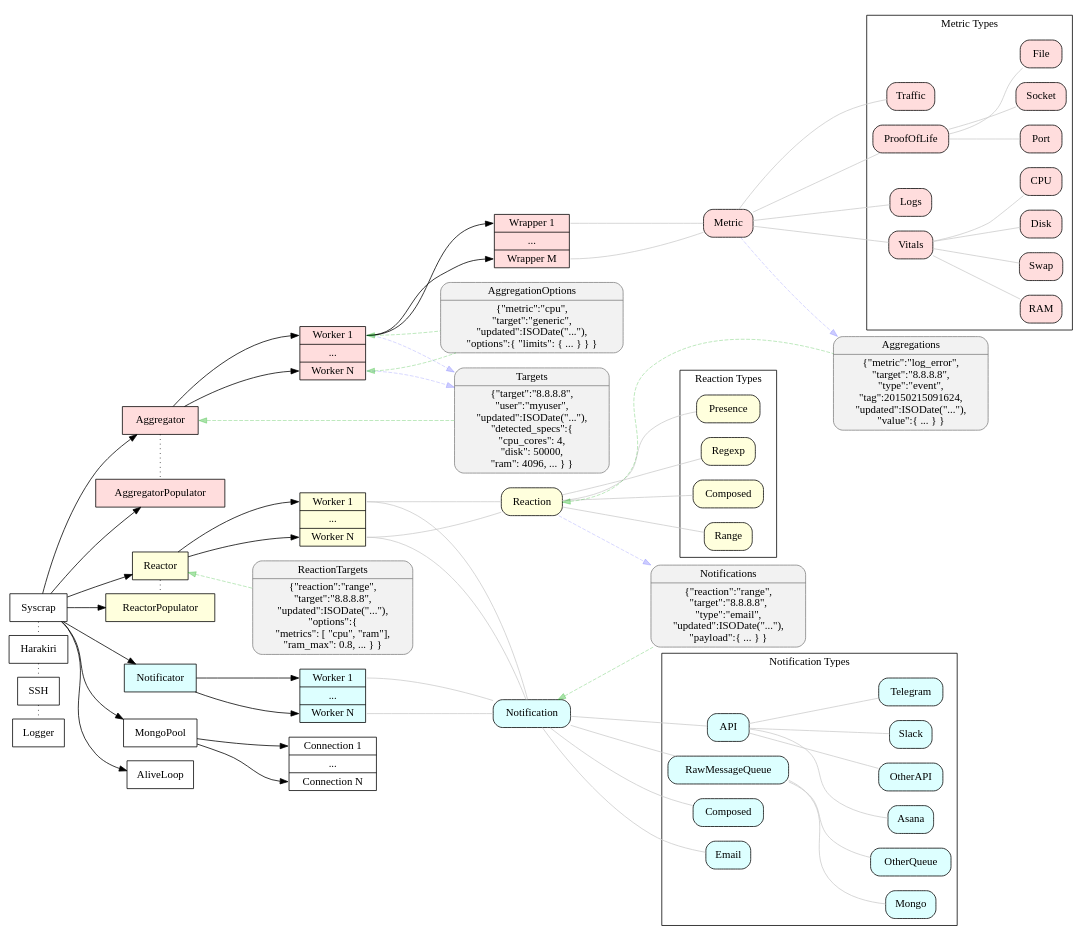
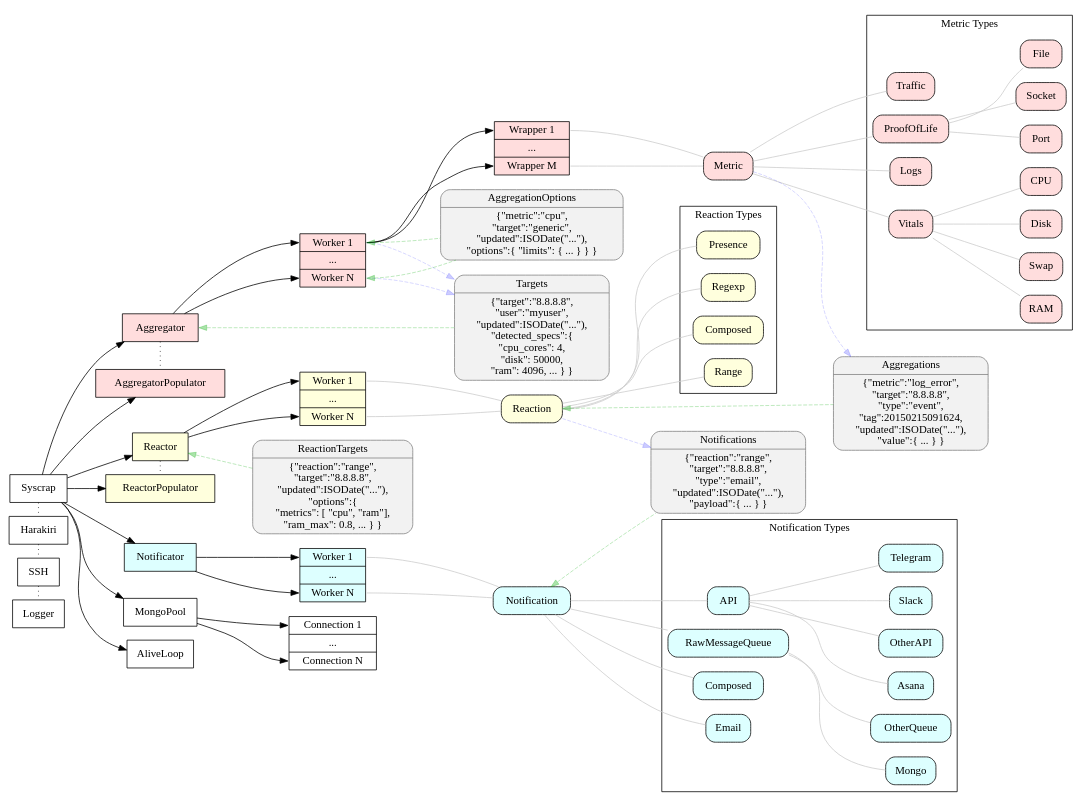
Before and after one commit to elpulgardelpanda/syscrap: the diagram in doc/syscrap.dot, drawn with Graphviz. The commit also changed 2 other files, not shown here.

Commit message:
Update diagram

```diff
--- a/doc/syscrap.dot
+++ b/doc/syscrap.dot
@@ -1,138 +1,138 @@
   # render: dot -O -Tpng syscrap.dot
   # auto-render: https://gist.github.com/rubencaro/75e7b163665b47e0094a
 digraph syscrap {
   # layout=neato;
   # splines=true;
   overlap=false;
   rankdir="LR";
   node [shape=box];
 
   # aggregation
   subgraph aggregation{
     node [style=filled,fillcolor="#ff000022"];
     {rank=same; AggregatorPopulator, Aggregator;}
     AggregatorWorker [shape=record,label="<1>Worker 1|...|<n>Worker N"];
     AggregatorWrapper [shape=record,label="<1>Wrapper 1|...|<n>Wrapper M"];
     AggregatorWorker:1 -> AggregatorWrapper:1, AggregatorWrapper:n;
     Aggregator -> AggregatorWorker:1, AggregatorWorker:n;
     Aggregator -> AggregatorPopulator [dir=none,style=dotted];
     { # namespace dependency only
       edge [dir=none,color=gray80];
       node [shape=Mrecord];
       AggregatorWrapper:1, AggregatorWrapper:n -> Metric;
       subgraph cluster_MetricTypes{
         label="Metric Types";
         Logs, Vitals, Traffic, ProofOfLife;
         Vitals -> CPU, RAM, Swap, Disk;
         ProofOfLife -> File, Port, Socket;
       }
       Metric -> Logs, Vitals, Traffic, ProofOfLife;
     }
   }
 
   # reaction
   subgraph reaction{
     node [style=filled,fillcolor="#ffff0022"];
     ReactorWorker [shape=record,label="<1>Worker 1|...|<n>Worker N"];
     {rank=same; ReactorPopulator, Reactor;}
     Reactor -> ReactorWorker:1, ReactorWorker:n;
     Reactor -> ReactorPopulator [dir=none,style=dotted];
     { # namespace dependency only
       edge [dir=none,color=gray80];
       node [shape=Mrecord];
       ComposedReactions [label="Composed"];
       subgraph cluster_ReactionTypes{
         label="Reaction Types";
         Range, Presence, Regexp, ComposedReactions;
       }
       Reaction -> Range, Presence, Regexp, ComposedReactions;
     }
     ReactorWorker:1, ReactorWorker:n -> Reaction [dir=none,color=gray80];
   }
 
   # notification
   subgraph notification{
     node [style=filled,fillcolor="#00ffff22"];
     NotificatorWorker [shape=record,label="<1>Worker 1|...|<n>Worker N"];
     Notificator -> NotificatorWorker:1, NotificatorWorker:n;
     { # namespace dependency only
       edge [dir=none,color=gray80];
       node [shape=Mrecord];
       ComposedNotifications [label="Composed"];
       subgraph cluster_NotificationTypes{
         label="Notification Types";
         Email, API, RawMessageQueue, ComposedNotifications;
         API -> Slack, Telegram, Asana, OtherAPI;
         RawMessageQueue -> Mongo, OtherQueue;
       }
       Notification -> Email, API, RawMessageQueue, ComposedNotifications;
     }
-    NotificatorWorker:1, ReactorWorker:1, NotificatorWorker:n, ReactorWorker:n -> Notification [dir=none,color=gray80];
+    NotificatorWorker:1, NotificatorWorker:n -> Notification [dir=none,color=gray80];
   }
 
   # db
   MongoConnection [shape=record,label="<1>Connection 1|...|<n>Connection N"];
   MongoPool -> MongoConnection:1, MongoConnection:n;
 
   { node [color=gray,fillcolor=gray95,style=filled];
     Aggregations [shape=Mrecord, label="Aggregations |
     \{\"metric\":\"log_error\",\n
     \"target\":\"8.8.8.8\",\n
     \"type\":\"event\",\n
     \"tag\":20150215091624,\n
     \"updated\":ISODate(\"...\"),\n
     \"value\":\{ ... \} \}"];
 
     Notifications [shape=Mrecord, label="Notifications |
     \{\"reaction\":\"range\",\n
     \"target\":\"8.8.8.8\",\n
     \"type\":\"email\",\n
     \"updated\":ISODate(\"...\"),\n
     \"payload\":\{ ... \} \}"];
 
     Targets [shape=Mrecord, label="Targets |
     \{\"target\":\"8.8.8.8\",\n
     \"user\":\"myuser\",\n
     \"updated\":ISODate(\"...\"),\n
     \"detected_specs\":\{\n
     \"cpu_cores\": 4,\n
     \"disk\": 50000,\n
     \"ram\": 4096, ... \} \}"];
 
     AggregationOptions [shape=Mrecord, label="AggregationOptions |
     \{\"metric\":\"cpu\",\n
     \"target\":\"generic\",\n
     \"updated\":ISODate(\"...\"),\n
     \"options\":\{ \"limits\": \{ ... \} \} \}"];
 
     ReactionTargets [shape=Mrecord, label="ReactionTargets |
     \{\"reaction\":\"range\",\n
     \"target\":\"8.8.8.8\",\n
     \"updated\":ISODate(\"...\"),\n
     \"options\":\{\n
       \"metrics\": \[ \"cpu\", \"ram\"\],\n
       \"ram_max\": 0.8, ... \} \}"];
   }
 
   # DB actions
   { # read
     edge [style=dashed,dir=back,color="#00aa0055"];
     Aggregator:e -> Targets;
     AggregatorWorker:1:e, AggregatorWorker:n:e -> AggregationOptions;
     Notification -> Notifications;
     Reaction -> Aggregations;
     Reactor -> ReactionTargets;
   }
   { # write
     edge [style=dashed,color="#0000ff33"];
     AggregatorWorker:1:e, AggregatorWorker:n:e -> Targets;
     Metric -> Aggregations;
     Reaction -> Notifications;
   }
 
   {rank=same; Syscrap -> Harakiri -> SSH -> Logger [dir=none,style=dotted];}
 
   # {rank=same; AggregatorPopulator, Aggregator, ReactorPopulator, Reactor, Notificator, AliveLoop, MongoPool;}
 
   Syscrap -> AggregatorPopulator, Aggregator, ReactorPopulator, Reactor, Notificator, AliveLoop, MongoPool;
 }
```
